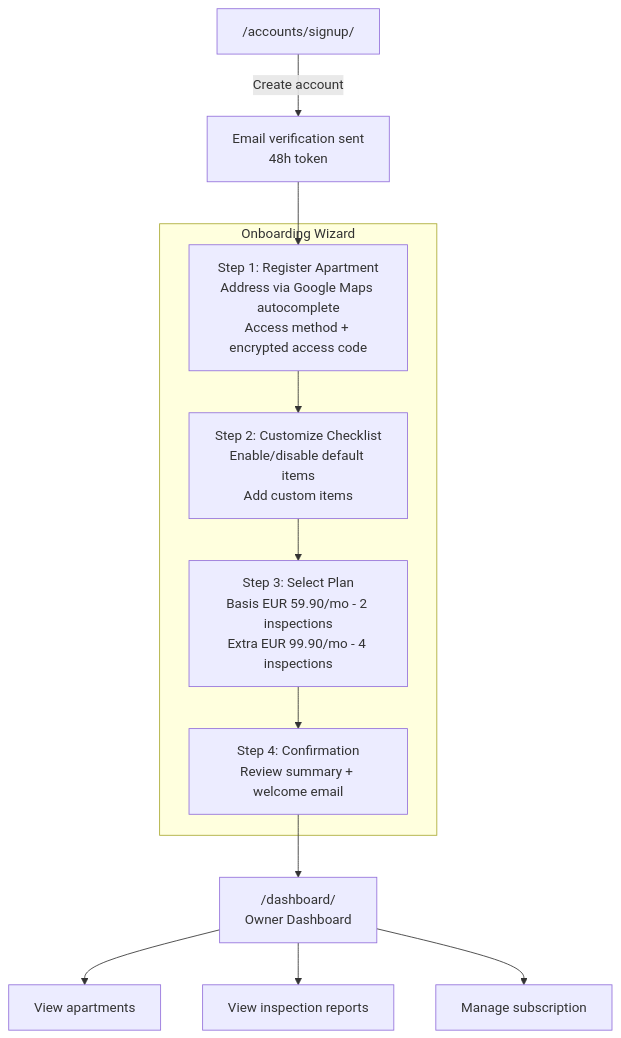
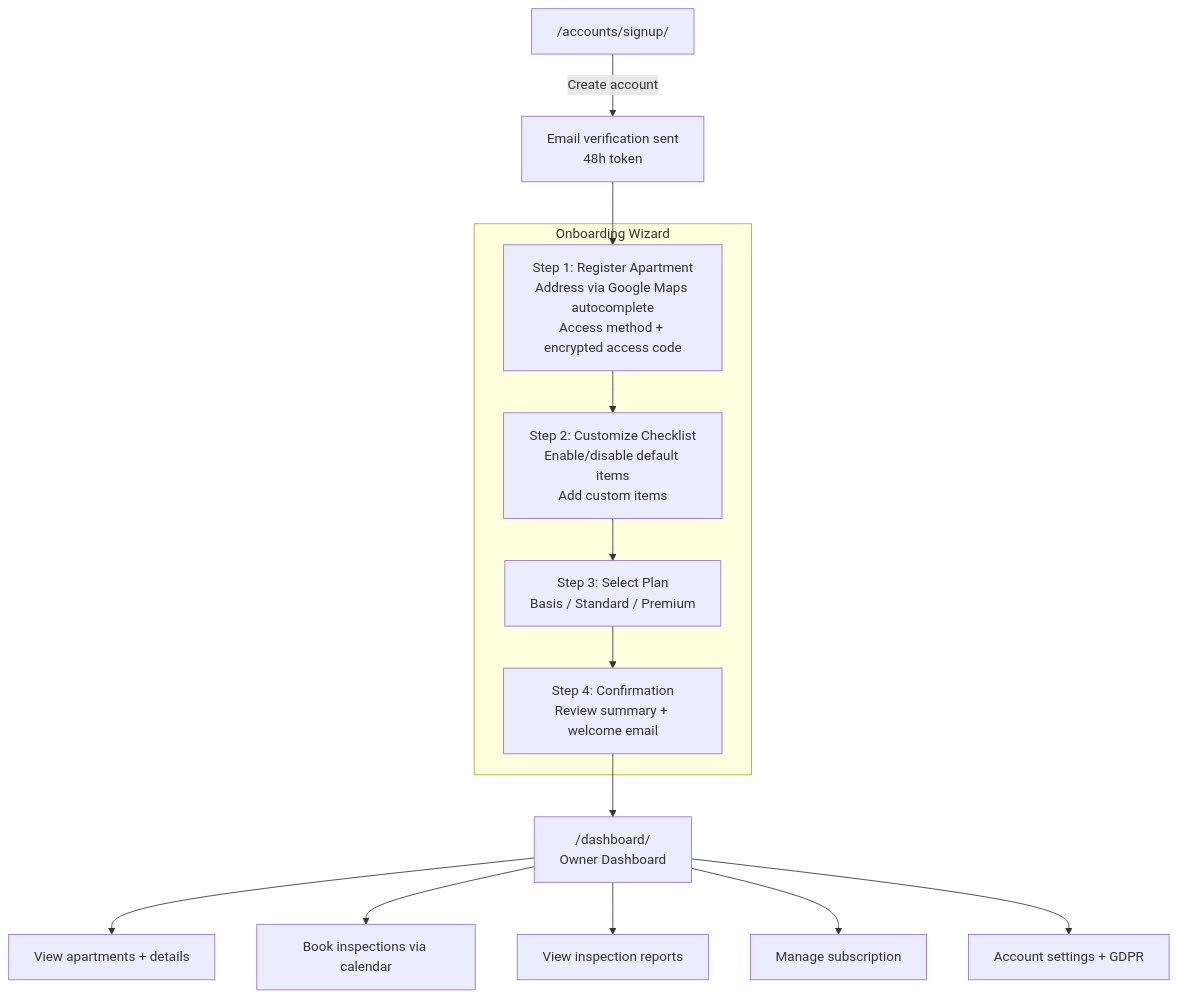
One commit to robert197/baky changed the second of 4 diagrams in README.md. Above: the diagram before and after it, drawn with Mermaid. The commit also changed other lines of this file and 7 other files, not shown here.

````diff
--- a/README.md
+++ b/README.md
@@ -37,18 +37,20 @@
 ```mermaid
 flowchart TD
     S["/accounts/signup/"] -->|Create account| V["Email verification sent\n48h token"]
     V --> O1
 
     subgraph onboarding ["Onboarding Wizard"]
         O1["Step 1: Register Apartment\nAddress via Google Maps autocomplete\nAccess method + encrypted access code"]
         O2["Step 2: Customize Checklist\nEnable/disable default items\nAdd custom items"]
-        O3["Step 3: Select Plan\nBasis EUR 59.90/mo - 2 inspections\nExtra EUR 99.90/mo - 4 inspections"]
+        O3["Step 3: Select Plan\nBasis / Standard / Premium"]
         O4["Step 4: Confirmation\nReview summary + welcome email"]
         O1 --> O2 --> O3 --> O4
     end
 
     O4 --> D["/dashboard/\nOwner Dashboard"]
-    D --> D1["View apartments"]
-    D --> D2["View inspection reports"]
-    D --> D3["Manage subscription"]
+    D --> D1["View apartments + details"]
+    D --> D2["Book inspections via calendar"]
+    D --> D3["View inspection reports"]
+    D --> D4["Manage subscription"]
+    D --> D5["Account settings + GDPR"]
 ```
````
